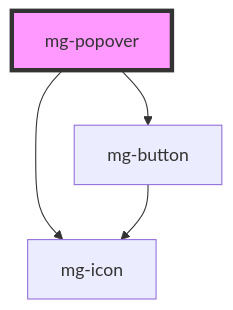
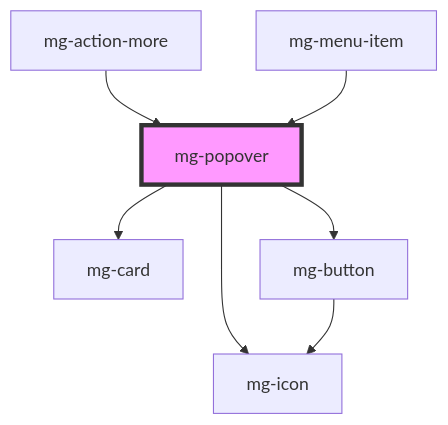
One commit to MGDIS/core-ui changed the diagram in packages/mg-components/src/components/molecules/mg-popover/readme.md. Above: the diagram before and after it, drawn with Mermaid. The commit also changed other lines of this file and 1071 other files, not shown here.

````diff
--- a/packages/mg-components/src/components/molecules/mg-popover/readme.md
+++ b/packages/mg-components/src/components/molecules/mg-popover/readme.md
@@ -83,7 +100,10 @@
 ```mermaid
 graph TD;
+  mg-popover --> mg-card
   mg-popover --> mg-button
   mg-popover --> mg-icon
   mg-button --> mg-icon
+  mg-action-more --> mg-popover
+  mg-menu-item --> mg-popover
   style mg-popover fill:#f9f,stroke:#333,stroke-width:4px
 ```
````
